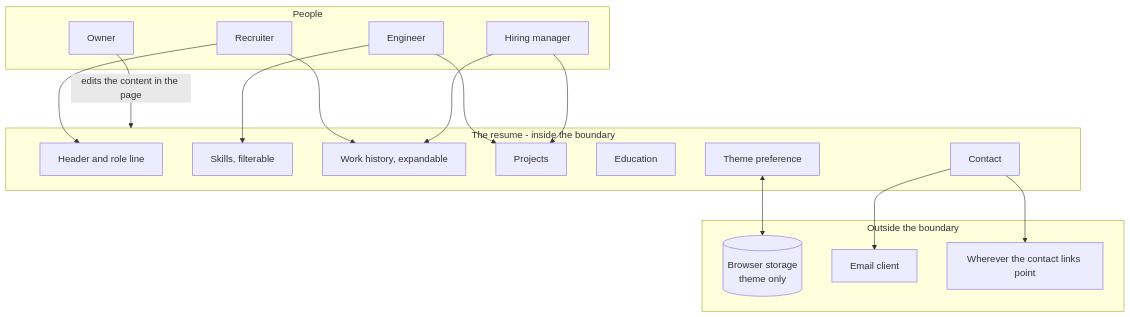
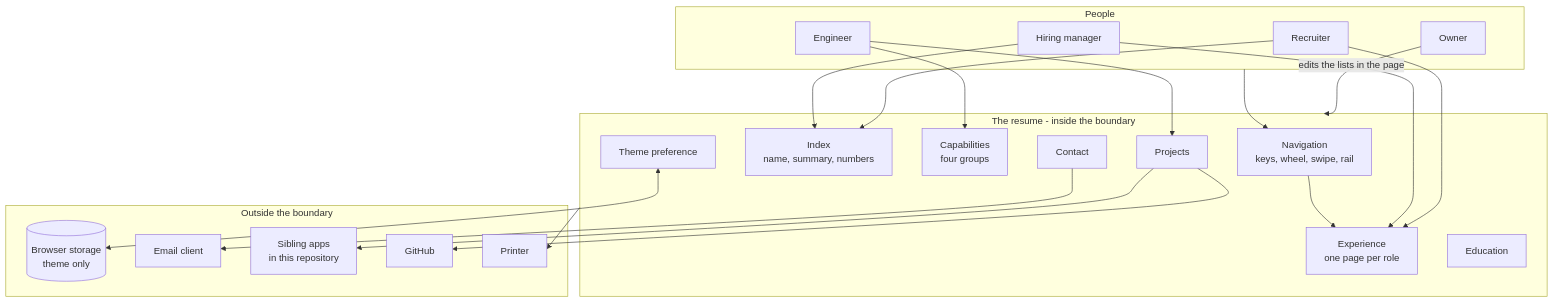
One commit to MoAbboud/PortFolio changed the diagram in resume/requirements/02-interaction.md. Above: the diagram before and after it, drawn with Mermaid. The commit also changed other lines of this file and 7 other files, not shown here.

````diff
--- a/resume/requirements/02-interaction.md
+++ b/resume/requirements/02-interaction.md
@@ -17,37 +20,45 @@
 ```mermaid
 flowchart TB
     subgraph people[People]
         REC[Recruiter]
         ENG[Engineer]
         MGR[Hiring manager]
         OWN[Owner]
     end
 
     subgraph sys[The resume - inside the boundary]
-        HERO[Header and role line]
-        SKILLS[Skills, filterable]
-        EXP[Work history, expandable]
-        PROJ[Projects]
+        NAV[Navigation<br/>keys, wheel, swipe, rail]
+        IDX[Index<br/>name, summary, numbers]
+        EXP[Experience<br/>one page per role]
+        CAP[Capabilities<br/>four groups]
+        PRJ[Projects]
         EDU[Education]
-        CONTACT[Contact]
+        CON[Contact]
         THEME[Theme preference]
     end
 
     subgraph out[Outside the boundary]
         PREF[(Browser storage<br/>theme only)]
         MAIL[Email client]
-        LINKS[Wherever the contact links point]
+        SIB[Sibling apps<br/>in this repository]
+        GH[GitHub]
+        PRN[Printer]
     end
 
+    REC --> IDX
     REC --> EXP
-    REC --> HERO
-    ENG --> SKILLS
-    ENG --> PROJ
+    ENG --> CAP
+    ENG --> PRJ
+    MGR --> IDX
     MGR --> EXP
-    MGR --> PROJ
-    OWN -->|edits the content in the page| sys
+    OWN -->|edits the lists in the page| sys
+
+    people --> NAV
+    NAV --> EXP
 
     THEME <--> PREF
-    CONTACT --> MAIL
-    CONTACT --> LINKS
+    CON --> MAIL
+    PRJ --> SIB
+    PRJ --> GH
+    sys --> PRN
 ```
````
